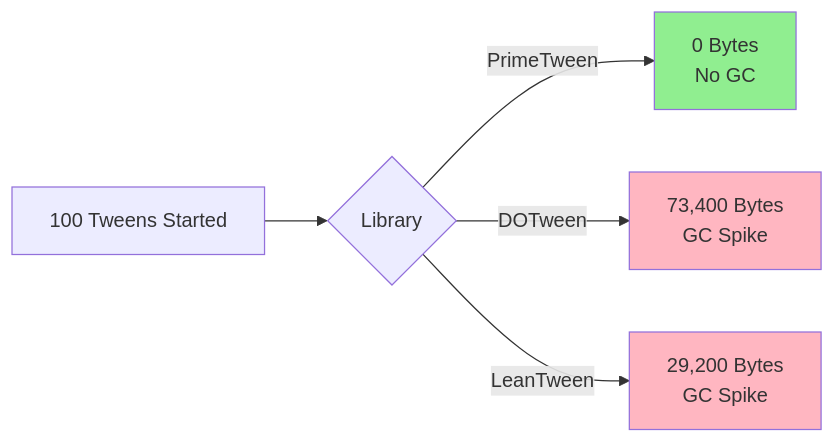
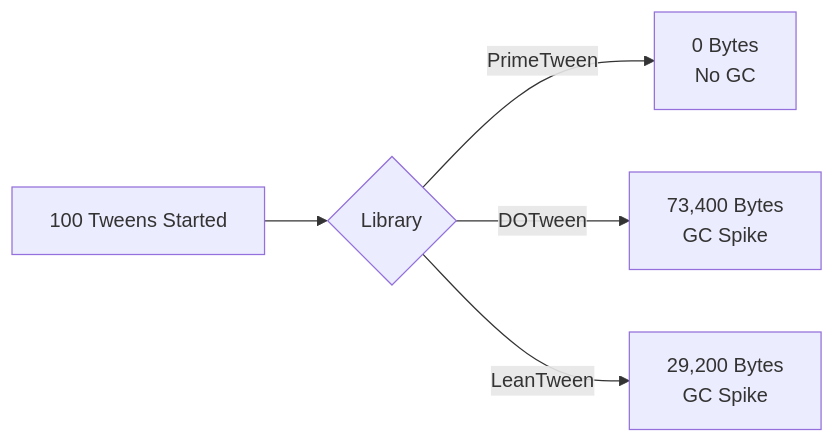
The diagram in docs/primetween/README.md (wallstop/unity-tips), drawn with Mermaid before and after one commit. The commit also changed 27 other files, not shown here.

Commit message:
Convert ASCII diagrams to Mermaid format (#30)

````diff
--- a/docs/primetween/README.md
+++ b/docs/primetween/README.md
@@ -99,11 +99,7 @@
 ```mermaid
 graph LR
     A[100 Tweens Started] --> B{Library}
     B -->|PrimeTween| C[0 Bytes<br/>No GC]
     B -->|DOTween| D[73,400 Bytes<br/>GC Spike]
     B -->|LeanTween| E[29,200 Bytes<br/>GC Spike]
-
-    style C fill:#90EE90
-    style D fill:#FFB6C1
-    style E fill:#FFB6C1
 ```
````
